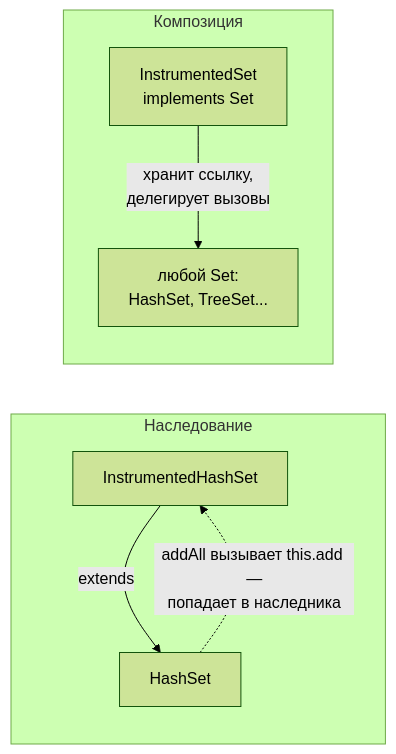
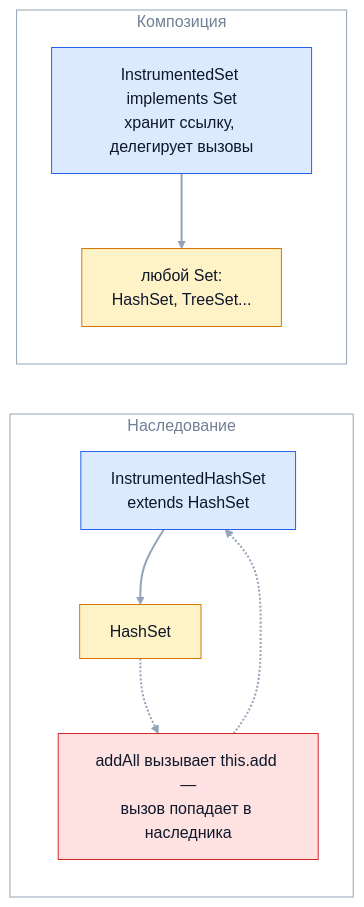
The diagram in kb/03-oop/05-composition-vs-inheritance.md (bogdan111305/java-senior-roadmap), drawn with Mermaid (forest theme) before and after one commit. The commit also changed 31 other files, not shown here.

````diff
--- a/kb/03-oop/05-composition-vs-inheritance.md
+++ b/kb/03-oop/05-composition-vs-inheritance.md
@@ -90,12 +90,24 @@
 ```mermaid
 flowchart LR
     subgraph INH["Наследование"]
         direction TB
-        IH["InstrumentedHashSet"] -- "extends" --> HS1["HashSet"]
-        HS1 -. "addAll вызывает this.add —<br/>попадает в наследника" .-> IH
+        IH["InstrumentedHashSet<br/>extends HashSet"] --> HS1["HashSet"]
+        HS1 -.-> CB["addAll вызывает this.add —<br/>вызов попадает в наследника"]
+        CB -.-> IH
     end
     subgraph COMP["Композиция"]
         direction TB
-        IS["InstrumentedSet<br/>implements Set"] -- "хранит ссылку,<br/>делегирует вызовы" --> HS2["любой Set:<br/>HashSet, TreeSet..."]
+        IS["InstrumentedSet implements Set<br/>хранит ссылку, делегирует вызовы"] --> HS2["любой Set:<br/>HashSet, TreeSet..."]
     end
+    classDef main fill:#dbeafe,stroke:#2563eb,color:#0f172a
+    classDef accent fill:#fef3c7,stroke:#d97706,color:#0f172a
+    classDef good fill:#dcfce7,stroke:#16a34a,color:#0f172a
+    classDef muted fill:#f1f5f9,stroke:#64748b,color:#0f172a
+    classDef bad fill:#fee2e2,stroke:#dc2626,color:#0f172a
+    class IH,IS main
+    class HS1,HS2 accent
+    class CB bad
+    style INH fill:none,stroke:#94a3b8,color:#718096
+    style COMP fill:none,stroke:#94a3b8,color:#718096
+    linkStyle default stroke:#94a3b8,stroke-width:2px
 ```
````
